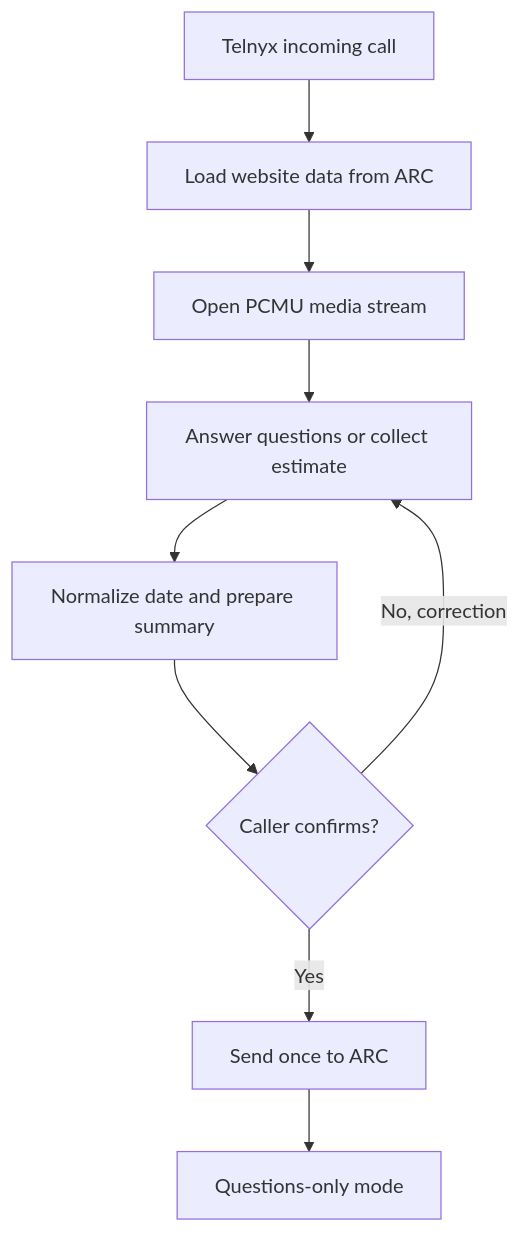
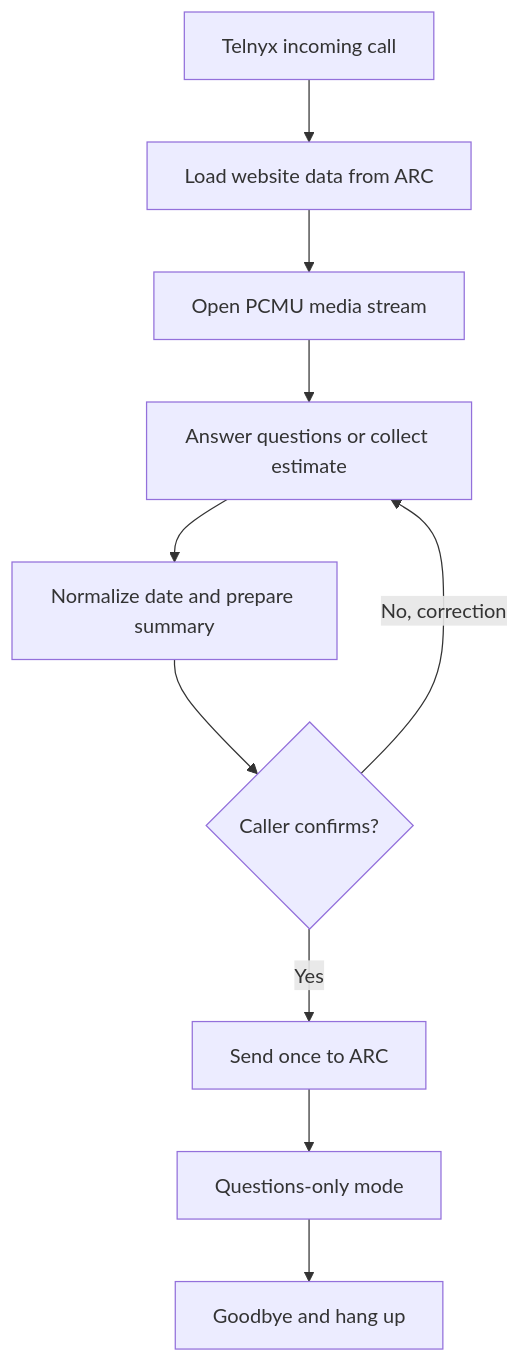
Before and after one commit to christensenandrew455-cell/tabor-painting-receptionist: the diagram in README.md, drawn with Mermaid. The commit also changed other lines of this file and 7 other files, not shown here.

````diff
--- a/README.md
+++ b/README.md
@@ -38,11 +40,12 @@
 ```mermaid
 flowchart TD
     A[Telnyx incoming call] --> B[Load website data from ARC]
     B --> C[Open PCMU media stream]
     C --> D[Answer questions or collect estimate]
     D --> E[Normalize date and prepare summary]
     E --> F{Caller confirms?}
     F -- No, correction --> D
     F -- Yes --> G[Send once to ARC]
     G --> H[Questions-only mode]
+    H --> I[Goodbye and hang up]
 ```
````
